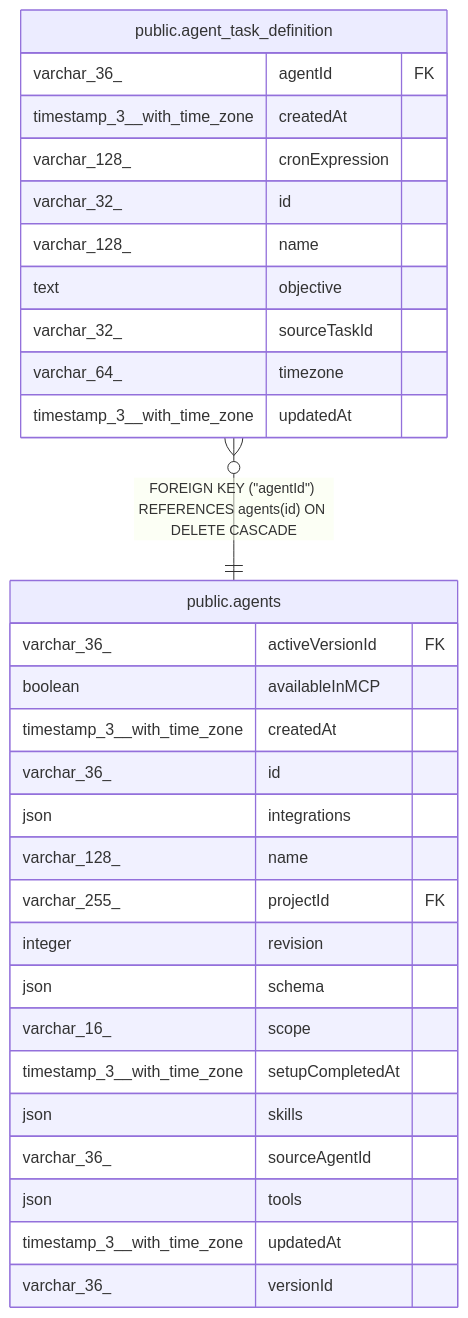
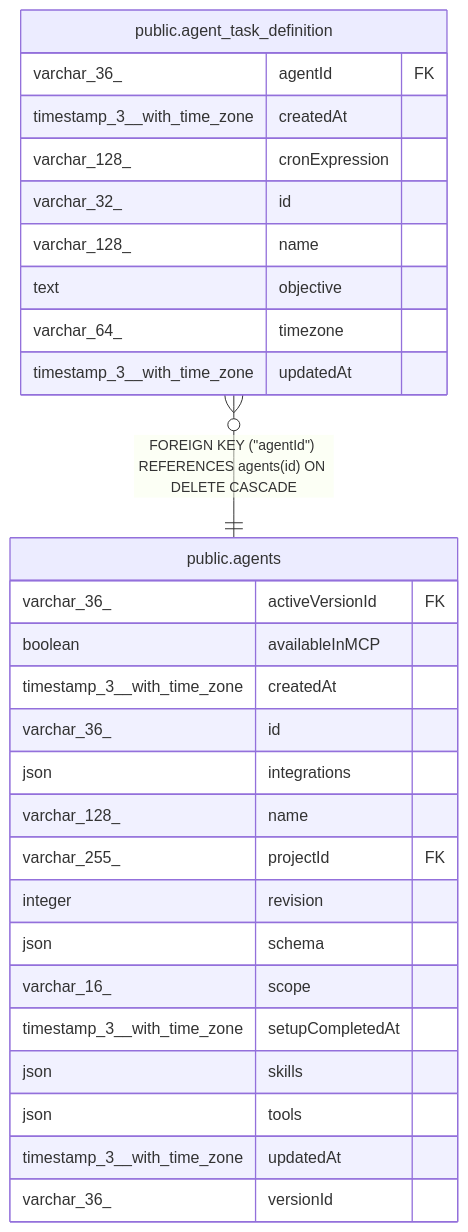
One commit to ATAC-tounde/n8n-private changed the diagram in docs/generated/postgres-schema/public.agent_task_definition.md. Above: the diagram before and after it, drawn with Mermaid. The commit also changed other lines of this file and 63 other files, not shown here.

````diff
--- a/docs/generated/postgres-schema/public.agent_task_definition.md
+++ b/docs/generated/postgres-schema/public.agent_task_definition.md
@@ -41,35 +39,33 @@
 ```mermaid
 erDiagram
 
 "public.agent_task_definition" }o--|| "public.agents" : "FOREIGN KEY (#quot;agentId#quot;) REFERENCES agents(id) ON DELETE CASCADE"
 
 "public.agent_task_definition" {
   varchar_36_ agentId FK
   timestamp_3__with_time_zone createdAt
   varchar_128_ cronExpression
   varchar_32_ id
   varchar_128_ name
   text objective
-  varchar_32_ sourceTaskId
   varchar_64_ timezone
   timestamp_3__with_time_zone updatedAt
 }
 "public.agents" {
   varchar_36_ activeVersionId FK
   boolean availableInMCP
   timestamp_3__with_time_zone createdAt
   varchar_36_ id
   json integrations
   varchar_128_ name
   varchar_255_ projectId FK
   integer revision
   json schema
   varchar_16_ scope
   timestamp_3__with_time_zone setupCompletedAt
   json skills
-  varchar_36_ sourceAgentId
   json tools
   timestamp_3__with_time_zone updatedAt
   varchar_36_ versionId
 }
 ```
````
